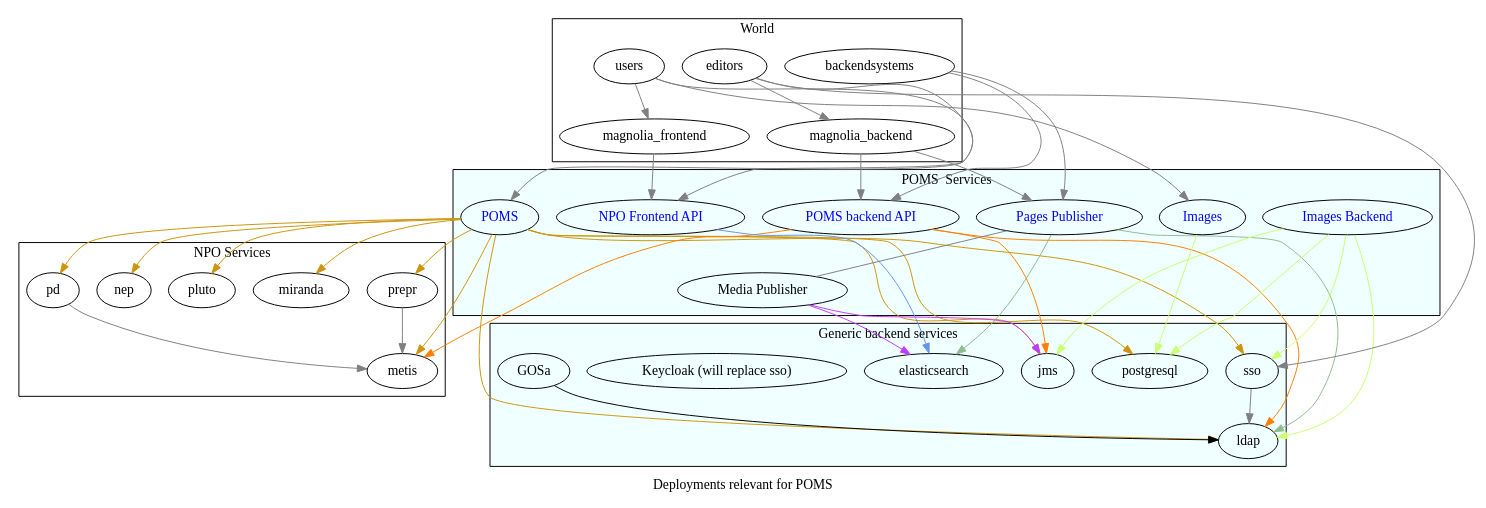
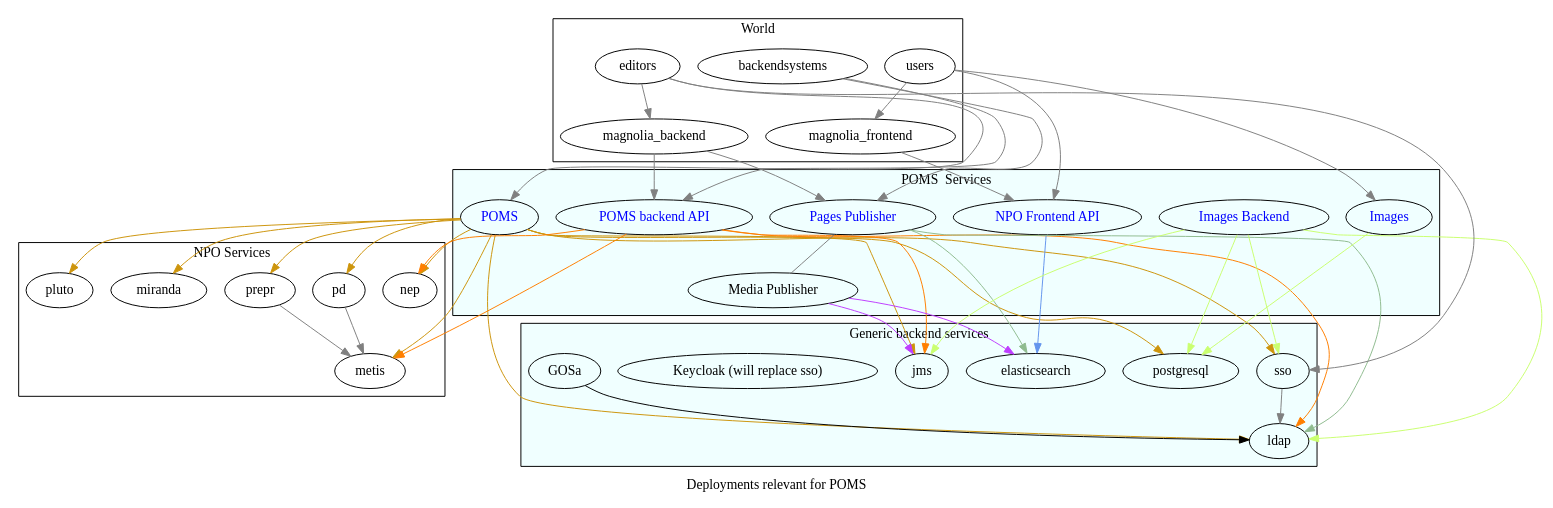
The diagram in poms-deployment.dot (npo-poms/poms-parent), drawn with Graphviz before and after one commit. The commit also changed 2 other files, not shown here.

Commit message:
backend api talks with nep too

```diff
--- a/poms-deployment.dot
+++ b/poms-deployment.dot
@@ -1,137 +1,138 @@
 digraph poms_universe {
 
 label="Deployments relevant for POMS"
 
 poms [ label="POMS" href="https://poms.omroep.nl/" fontcolor=blue ]
 poms_backend [ label="POMS backend API" href="https://api.poms.omroep.nl/" fontcolor=blue ]
 api [ label = "NPO Frontend API" href="https://rs.poms.omroep.nl/" fontcolor=blue ]
 pages_publish [ label = "Pages Publisher"     href="https://publish.pages.omroep.nl/" fontcolor=blue ]
 media_publish [ label = "Media Publisher" ]
 images_frontend [ label = "Images" href="https://images.poms.omroep.nl" fontcolor=blue]
 images_backend [ label = "Images Backend" href="https://images-backend.poms.omroep.nl" fontcolor=blue ]
 
 subgraph cluster_0  {
   label="Generic backend services"
   bgcolor=azure
   postgresql
   elasticsearch
   sso
   jms
   ldap
   keycloak [ label = "Keycloak (will replace sso)" ]
   gosa [ label="GOSa" href="https://admin.sso.omroep.nl/" ]
 }
 
 subgraph cluster_1  {
   label="VPRO"
   magnolia_frontend
   magnolia_backend
 }
 
 subgraph cluster_1  {
   label="World"
   users
   backendsystems
   editors
 }
 subgraph cluster_3  {
   label="POMS  Services"
   bgcolor=azure
   poms
   poms_backend
   pages_publish
   media_publish
   api
   images_frontend
   images_backend
 }
 
 subgraph cluster_4  {
   label="NPO Services"
   metis
   pd
   prepr
   miranda
   pluto
   nep
 }
 
 editors -> {
   magnolia_backend
   poms
   sso
 }[color=gray]
 
 users -> {
   magnolia_frontend
   api
   images_frontend
 }[color=gray]
 
 backendsystems -> {
   poms_backend
   pages_publish
 }[color=gray]
 
 poms -> {
   postgresql
   jms
   sso
   ldap
   miranda
   prepr
   pd
   metis
   pluto
   nep
 }[color=darkgoldenrod3]
 
 poms_backend -> {
   jms
   ldap
   metis
   ldap
+  nep
 }[color=darkorange1]
 
 api -> {
   elasticsearch
 }[color=cornflowerblue]
 
 pages_publish-> {
   elasticsearch
   ldap
 }[color=darkseagreen]
 
 media_publish -> {
   elasticsearch
   jms
 }[color=darkorchid1]
 pages_publish -> media_publish[color=gray dir=none]
 
 images_frontend -> {
   postgresql
 }[color=darkolivegreen1]
 images_backend -> {
   postgresql
   jms
   sso
   ldap
 }[color=darkolivegreen1]
 
 magnolia_backend -> {
   poms_backend
   pages_publish
 }[color=gray]
 
 magnolia_frontend -> {
   api
 }[color=gray]
 
 sso -> ldap[color=gray]
 
 prepr -> metis[color=gray]
 pd -> metis[color=gray]
 
 gosa -> ldap
 
 }
```
